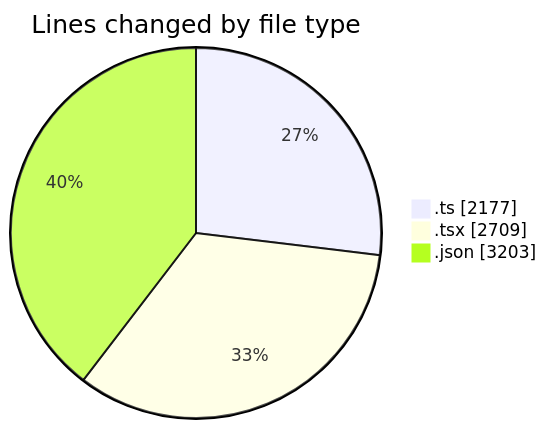
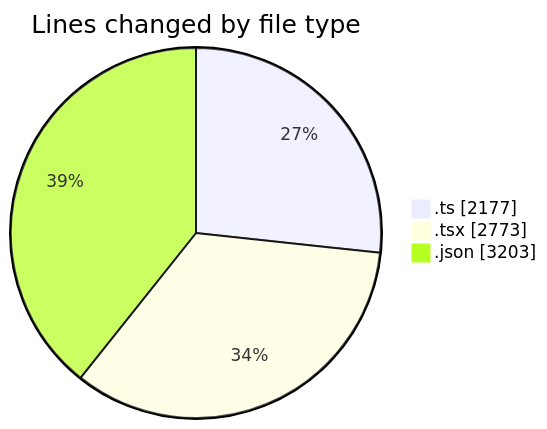
One commit to julien-gomy/code-tracking changed the first of 2 diagrams in 2025-10-23/eventscop-frontend-guide__workspace_/README.md. Above: the diagram before and after it, drawn with Mermaid. The commit also changed other lines of this file and 1 other file, not shown here.

````diff
--- a/2025-10-23/eventscop-frontend-guide__workspace_/README.md
+++ b/2025-10-23/eventscop-frontend-guide__workspace_/README.md
@@ -40,7 +41,7 @@
 ```mermaid
 pie showData
 title Lines changed by file type
 ".ts" : 2177
-".tsx" : 2709
+".tsx" : 2773
 ".json" : 3203
 ```
````
